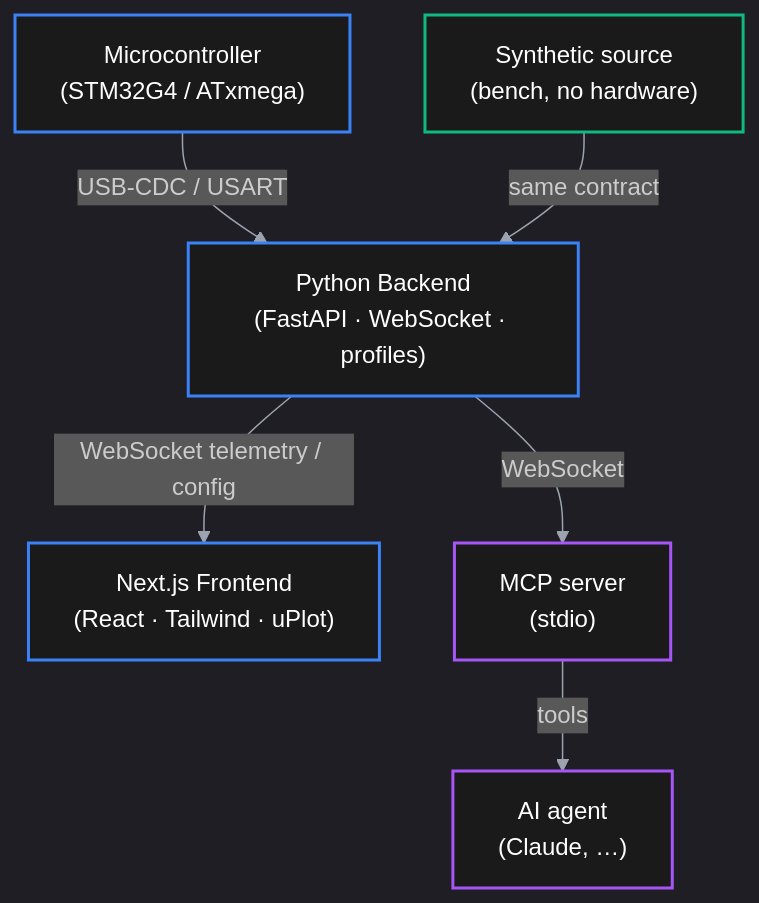
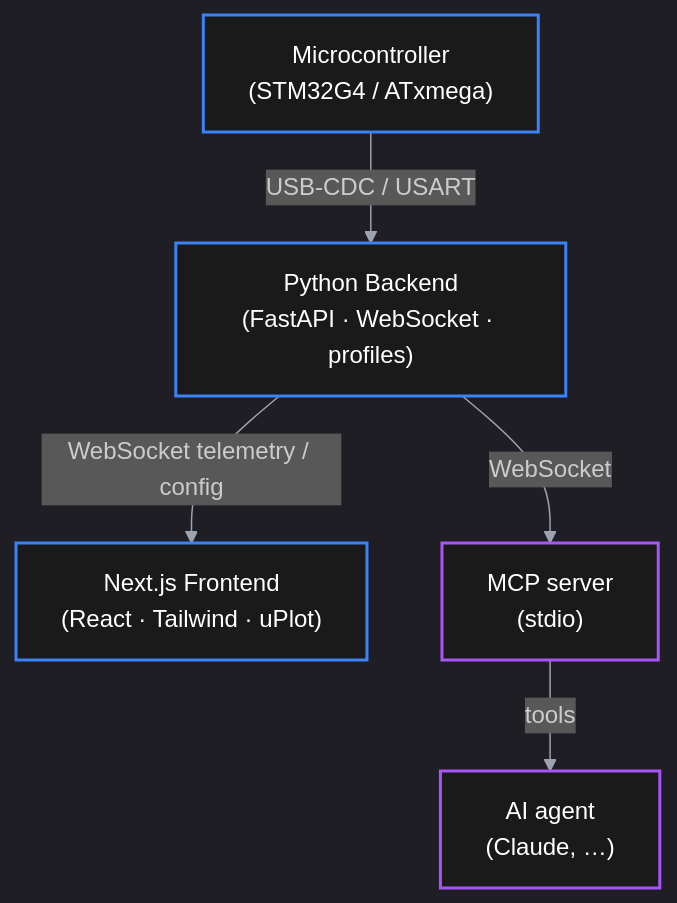
The diagram in README.md (takzen/metal-detector-studio), drawn with Mermaid before and after one commit. The commit also changed other lines of this file, not shown here.

First line of the commit message:
docs(readme): real-hardware-only; document hodograph VDI/persistence/offset/EMA

````diff
--- a/README.md
+++ b/README.md
@@ -28,16 +26,14 @@
 ```mermaid
 %%{init: {'theme': 'dark'}}%%
 flowchart TD
     A["Microcontroller<br>(STM32G4 / ATxmega)"] -->|"USB-CDC / USART"| B
-    S["Synthetic source<br>(bench, no hardware)"] -->|"same contract"| B
     B["Python Backend<br>(FastAPI · WebSocket · profiles)"] -->|"WebSocket telemetry / config"| C["Next.js Frontend<br>(React · Tailwind · uPlot)"]
     B -->|"WebSocket"| M["MCP server<br>(stdio)"] -->|"tools"| D["AI agent<br>(Claude, …)"]
 
     style A fill:#1a1a1a,stroke:#3b82f6,stroke-width:2px,color:#ffffff
-    style S fill:#1a1a1a,stroke:#10b981,stroke-width:2px,color:#ffffff
     style B fill:#1a1a1a,stroke:#3b82f6,stroke-width:2px,color:#ffffff
     style C fill:#1a1a1a,stroke:#3b82f6,stroke-width:2px,color:#ffffff
     style M fill:#1a1a1a,stroke:#a855f7,stroke-width:2px,color:#ffffff
     style D fill:#1a1a1a,stroke:#a855f7,stroke-width:2px,color:#ffffff
     linkStyle default stroke:#9ca3af,stroke-width:1px
 ```
````
